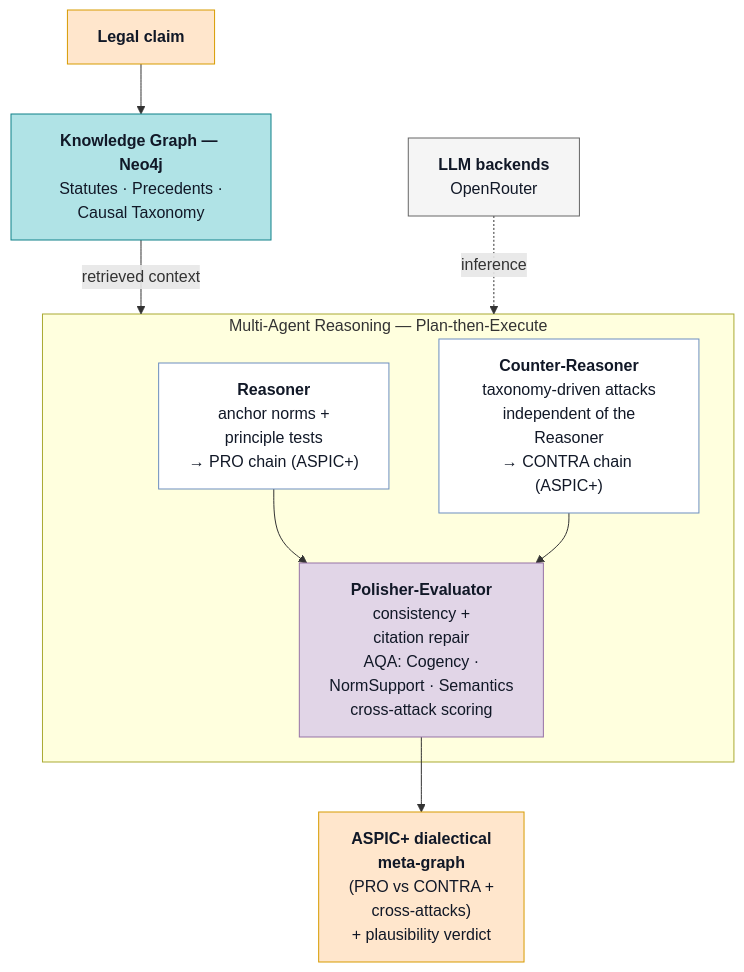
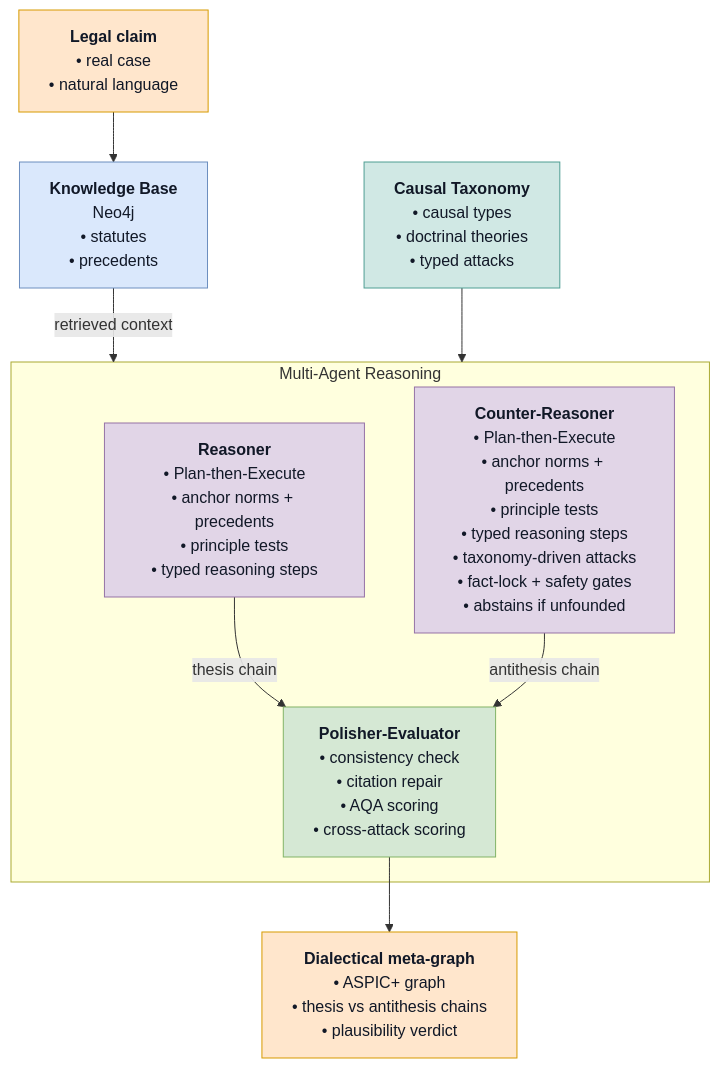
The diagram in assets/lexcausa_architecture.mmd (Leonard2310/LexCausa), drawn with Mermaid before and after one commit. The commit also changed 2 other files, not shown here.

Commit message:
feat: update architecture diagram and add left-align CSS for better layout

```diff
--- a/assets/lexcausa_architecture.mmd
+++ b/assets/lexcausa_architecture.mmd
@@ -1,45 +1,52 @@
 flowchart TB
-  CLAIM["`**Legal claim**`"]
-  KG["`**Knowledge Graph — Neo4j**
-Statutes · Precedents ·
-Causal Taxonomy`"]
-  subgraph AG["Multi-Agent Reasoning — Plan-then-Execute"]
+  CLAIM["`**Legal claim**
+• real case
+• natural language`"]
+  KB["`**Knowledge Base**
+Neo4j
+• statutes
+• precedents`"]
+  TAX["`**Causal Taxonomy**
+• causal types
+• doctrinal theories
+• typed attacks`"]
+  subgraph AG["Multi-Agent Reasoning"]
     REAS["`**Reasoner**
-anchor norms +
-principle tests
-→ PRO chain (ASPIC+)`"]
+• Plan-then-Execute
+• anchor norms + precedents
+• principle tests
+• typed reasoning steps`"]
     CNT["`**Counter-Reasoner**
-taxonomy-driven attacks
-independent of the
-Reasoner
-→ CONTRA chain (ASPIC+)`"]
+• Plan-then-Execute
+• anchor norms + precedents
+• principle tests
+• typed reasoning steps
+• taxonomy-driven attacks
+• fact-lock + safety gates
+• abstains if unfounded`"]
     POL["`**Polisher-Evaluator**
-consistency +
-citation repair
-AQA: Cogency ·
-NormSupport · Semantics
-cross-attack scoring`"]
-    REAS --> POL
-    CNT --> POL
+• consistency check
+• citation repair
+• AQA scoring
+• cross-attack scoring`"]
+    REAS -->|thesis chain| POL
+    CNT -->|antithesis chain| POL
   end
-  LLM["`**LLM backends**
-OpenRouter`"]
-  OUT["`**ASPIC+ dialectical
-meta-graph**
-(PRO vs CONTRA +
-cross-attacks)
-+ plausibility verdict`"]
-  CLAIM --> KG
-  KG -->|retrieved context| AG
+  OUT["`**Dialectical meta-graph**
+• ASPIC+ graph
+• thesis vs antithesis chains
+• plausibility verdict`"]
+  CLAIM --> KB
+  KB -->|retrieved context| AG
+  TAX --> AG
   POL --> OUT
-  LLM -.->|inference| AG
   classDef io fill:#FFE6CC,stroke:#D79B00,color:#111827;
-  classDef kg fill:#B0E3E6,stroke:#0E8088,color:#111827;
-  classDef ag fill:#FFFFFF,stroke:#6C8EBF,color:#111827;
-  classDef pol fill:#E1D5E7,stroke:#9673A6,color:#111827;
-  classDef llm fill:#F5F5F5,stroke:#666666,color:#111827;
+  classDef kb fill:#DAE8FC,stroke:#6C8EBF,color:#111827;
+  classDef tax fill:#D0E8E4,stroke:#4F9E93,color:#111827;
+  classDef ag fill:#E1D5E7,stroke:#9673A6,color:#111827;
+  classDef pol fill:#D5E8D4,stroke:#82B366,color:#111827;
   class CLAIM,OUT io;
-  class KG kg;
+  class KB kb;
+  class TAX tax;
   class REAS,CNT ag;
   class POL pol;
-  class LLM llm;
```
